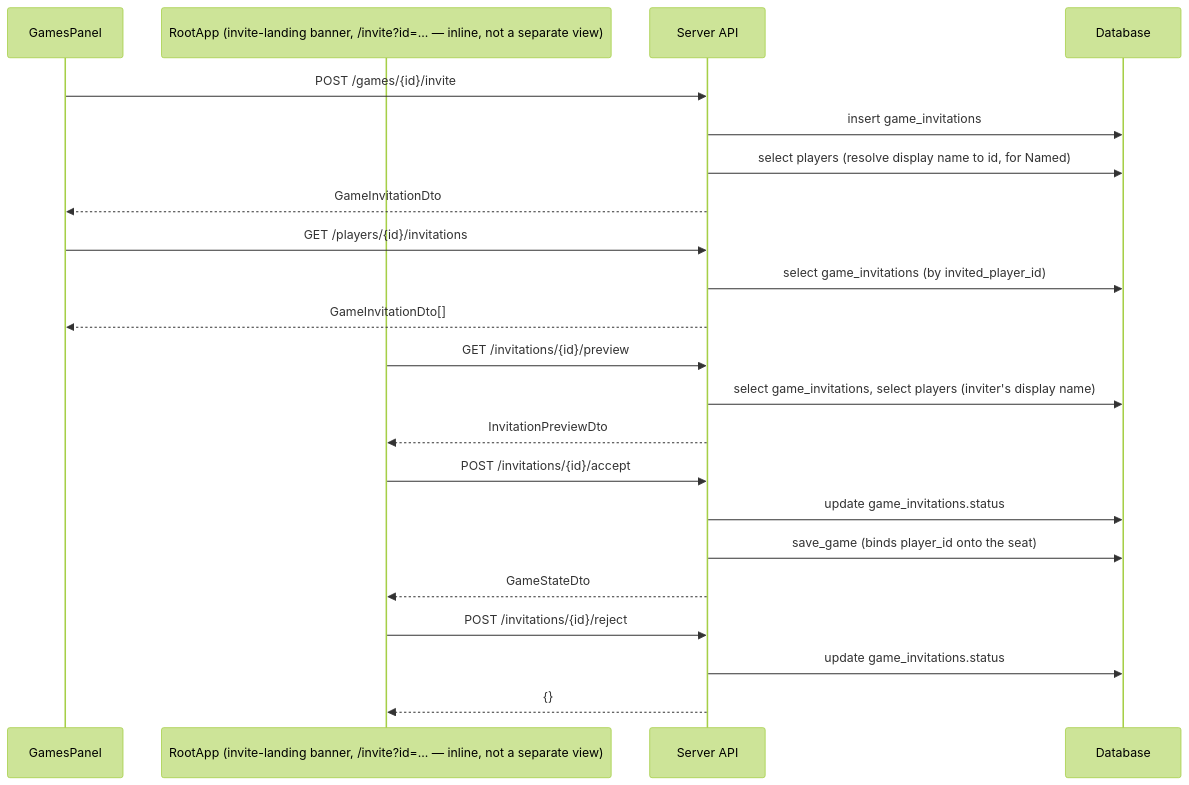
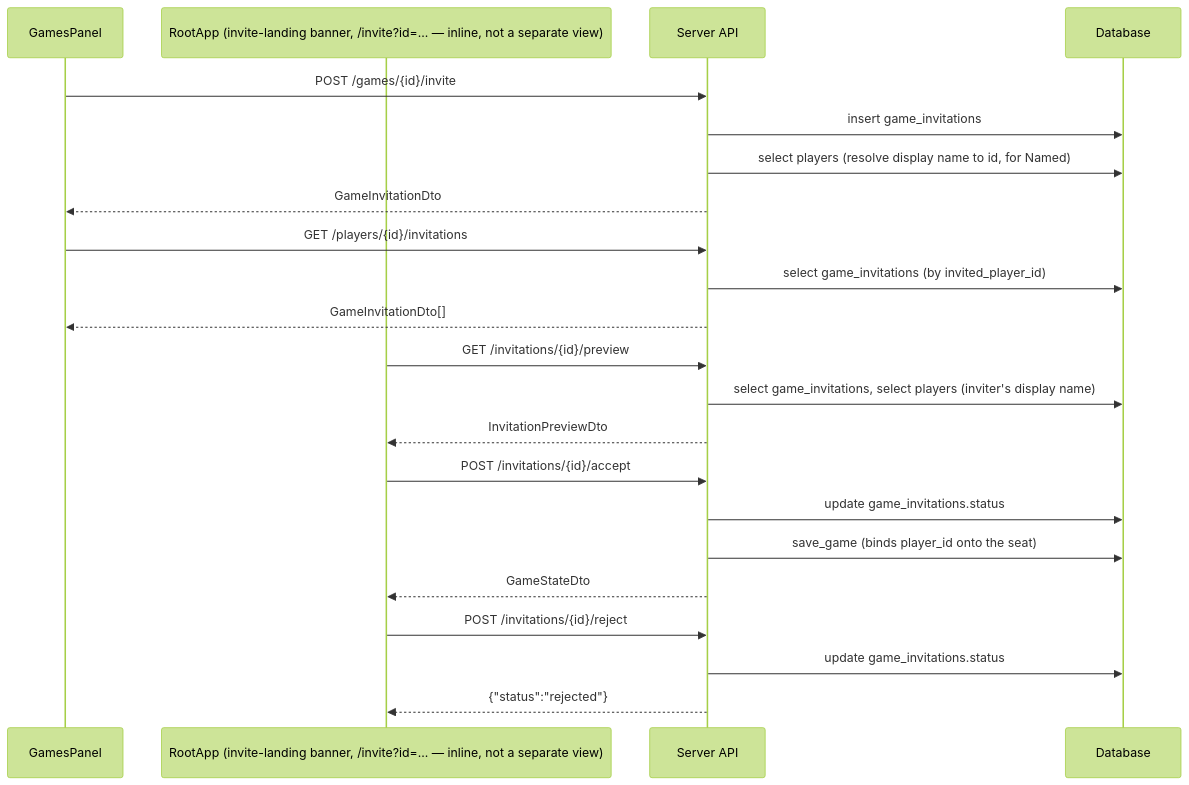
The eighth of 9 diagrams in docs/4.4.3-api-schema.md (delphside/tile-lite-elite), drawn with Mermaid (forest theme) before and after one commit. The commit also changed other lines of this file and 6 other files, not shown here.

````diff
--- a/docs/4.4.3-api-schema.md
+++ b/docs/4.4.3-api-schema.md
@@ -965,29 +1038,29 @@
 ```mermaid
 sequenceDiagram
     participant Games as GamesPanel
     participant Reset as RootApp (invite-landing banner, /invite?id=... — inline, not a separate view)
     participant API as Server API
     participant DB as Database
 
     Games->>API: POST /games/{id}/invite
     API->>DB: insert game_invitations
     API->>DB: select players (resolve display name to id, for Named)
     API-->>Games: GameInvitationDto
 
     Games->>API: GET /players/{id}/invitations
     API->>DB: select game_invitations (by invited_player_id)
     API-->>Games: GameInvitationDto[]
 
     Reset->>API: GET /invitations/{id}/preview
     API->>DB: select game_invitations, select players (inviter's display name)
     API-->>Reset: InvitationPreviewDto
 
     Reset->>API: POST /invitations/{id}/accept
     API->>DB: update game_invitations.status
     API->>DB: save_game (binds player_id onto the seat)
     API-->>Reset: GameStateDto
 
     Reset->>API: POST /invitations/{id}/reject
     API->>DB: update game_invitations.status
-    API-->>Reset: {}
+    API-->>Reset: {"status":"rejected"}
 ```
````
